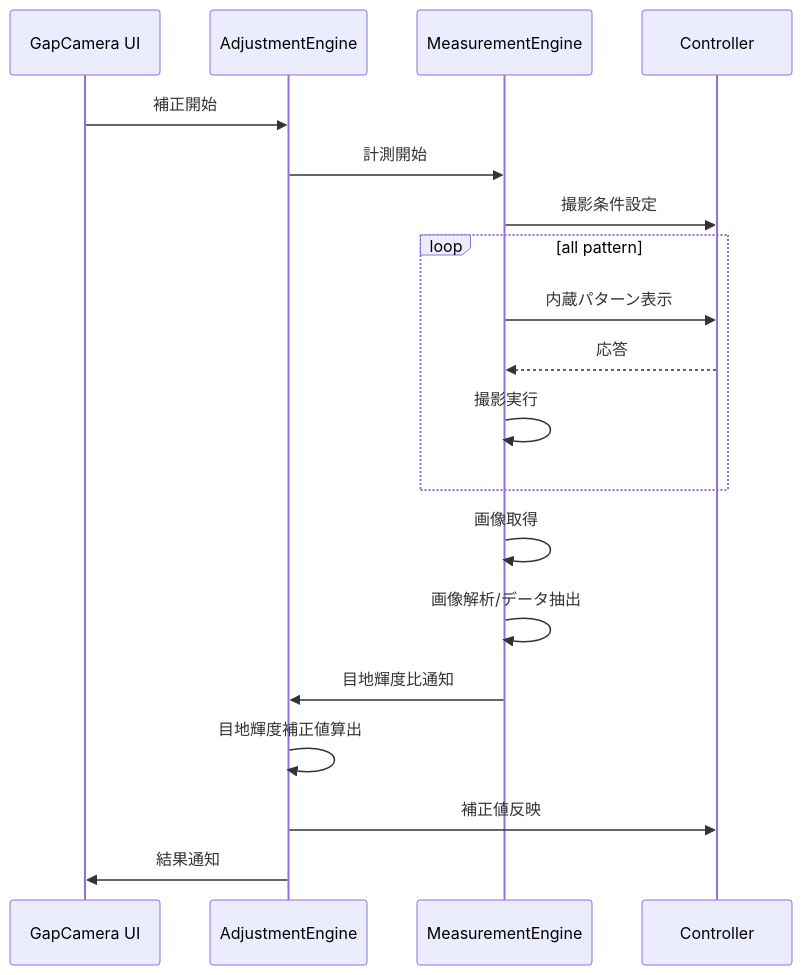
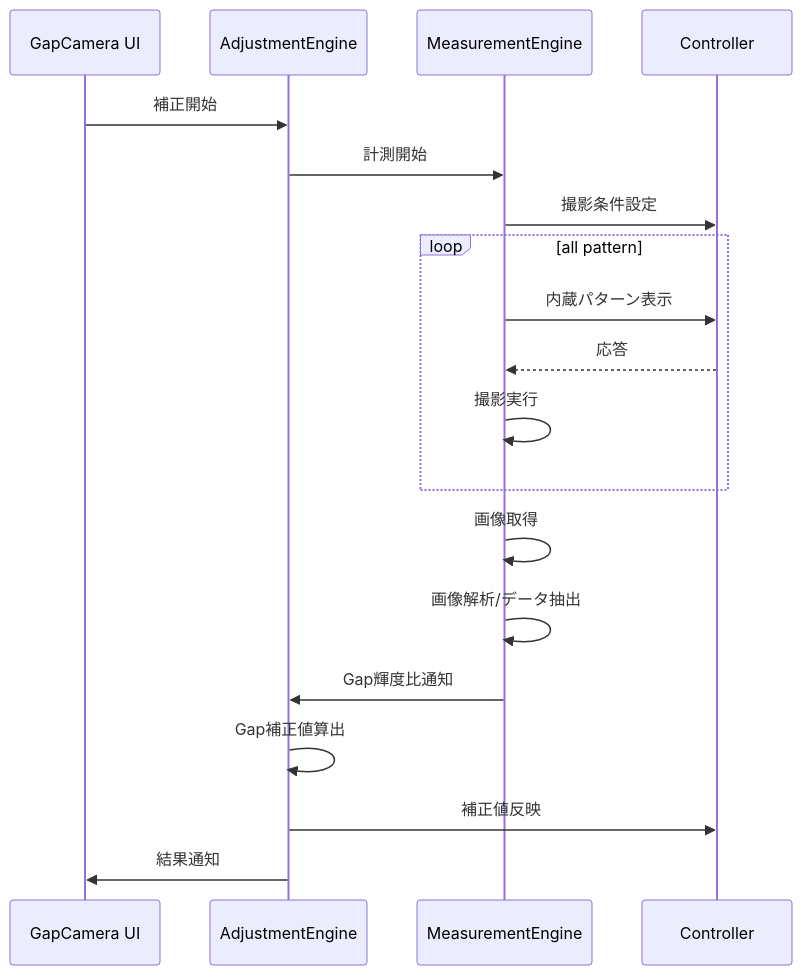
The tenth of 51 diagrams in docs/GapCamera_詳細設計書.md (HottaTakayuki/ColorAlignmentSoftware), drawn with Mermaid before and after one commit. The commit also changed other lines of this file and 5 other files, not shown here.

````diff
--- a/docs/GapCamera_詳細設計書.md
+++ b/docs/GapCamera_詳細設計書.md
@@ -772,22 +772,22 @@
 ```mermaid
 sequenceDiagram
     participant UI as GapCamera UI
     participant ADJ as AdjustmentEngine
     participant MEAS as MeasurementEngine
     participant CTRL as Controller
 
     UI->>ADJ: 補正開始
     ADJ->>MEAS: 計測開始
     MEAS->>CTRL: 撮影条件設定
     loop all pattern
         MEAS->>CTRL: 内蔵パターン表示
         CTRL-->>MEAS: 応答
         MEAS->>MEAS: 撮影実行
     end
     MEAS->>MEAS: 画像取得
     MEAS->>MEAS: 画像解析/データ抽出
-    MEAS->>ADJ: 目地輝度比通知
-    ADJ->>ADJ: 目地輝度補正値算出
+    MEAS->>ADJ: Gap輝度比通知
+    ADJ->>ADJ: Gap補正値算出
     ADJ->>CTRL: 補正値反映
     ADJ->>UI: 結果通知
 ```
````
